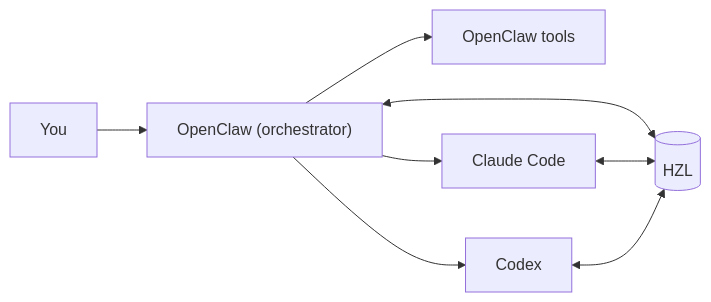
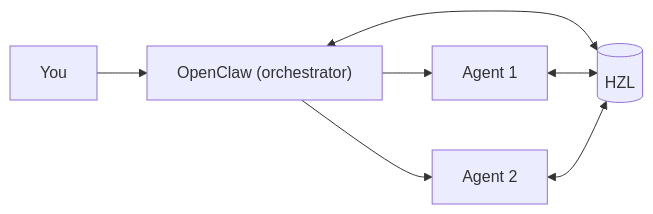
One commit to tmchow/hzl changed the first of 4 diagrams in docs-site/reference/architecture.md. Above: the diagram before and after it, drawn with Mermaid. The commit also changed other lines of this file and 100 other files, not shown here.

First line of the commit message:
feat!: reorient HZL around OpenClaw with agent-first v2 CLI (#122)

````diff
--- a/docs-site/reference/architecture.md
+++ b/docs-site/reference/architecture.md
@@ -199,10 +199,9 @@
 ```mermaid
 flowchart LR
   You[You] --> OC["OpenClaw (orchestrator)"]
-  OC --> Tools["OpenClaw tools"]
   OC <--> HZL[(HZL)]
-  OC --> S1[Claude Code]
-  OC --> S2[Codex]
-  S1 <--> HZL
-  S2 <--> HZL
+  OC --> A1[Agent 1]
+  OC --> A2[Agent 2]
+  A1 <--> HZL
+  A2 <--> HZL
 ```
````
